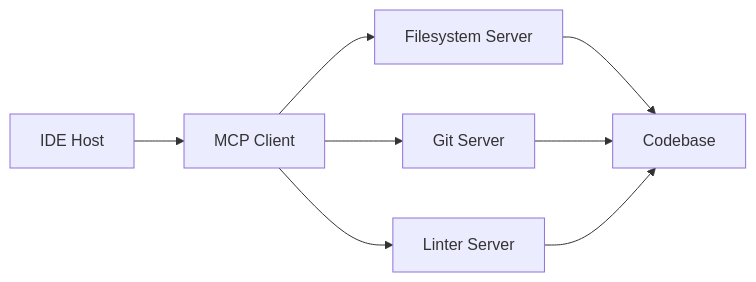
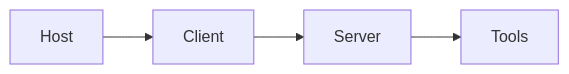
One commit to abdulsamad183/ai-engineering-playbook changed the diagram in domains/mcp/production/04-mcp-real-world-architectures.md. Above: the diagram before and after it, drawn with Mermaid. The commit also changed other lines of this file and 1 other file, not shown here.

Commit message:
Use python3 in examples CI and finish remaining MCP deepen.

````diff
--- a/domains/mcp/production/04-mcp-real-world-architectures.md
+++ b/domains/mcp/production/04-mcp-real-world-architectures.md
@@ -27,8 +87,4 @@
 ```mermaid
 flowchart LR
-    IDE[IDE Host] --> C[MCP Client]
-    C --> FS[Filesystem Server]
-    C --> GIT[Git Server]
-    C --> LINT[Linter Server]
-    FS & GIT & LINT --> REPO[Codebase]
+  Host --> Client --> Server --> Tools
 ```
````
